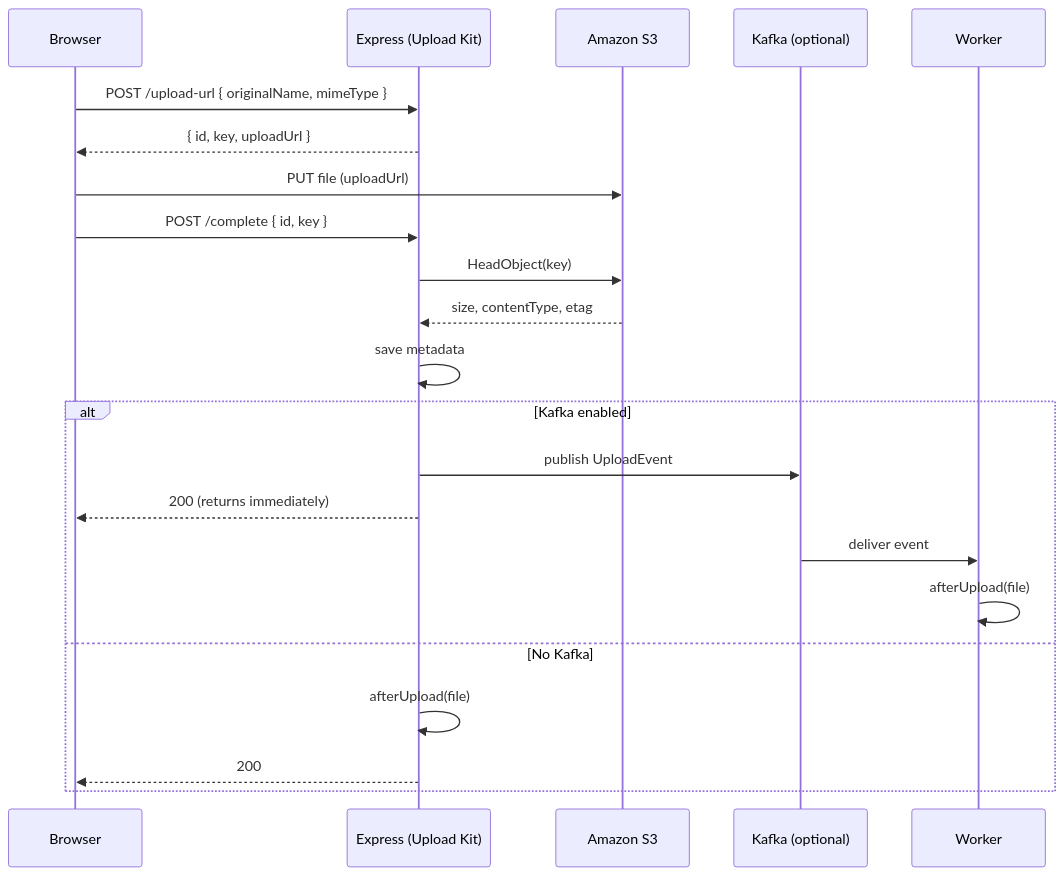
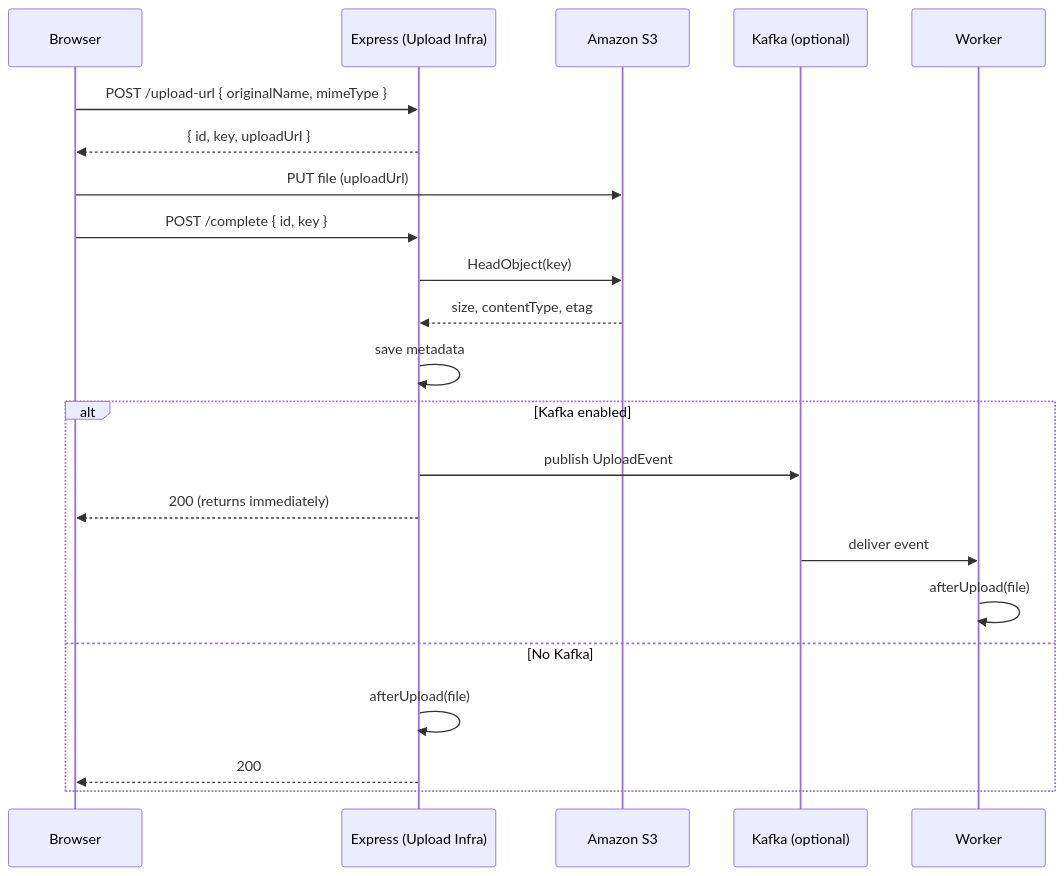
Before and after one commit to SSarkar0307/npm-package-upload-infra: the diagram in README.md, drawn with Mermaid. The commit also changed other lines of this file and 2 other files, not shown here.

````diff
--- a/README.md
+++ b/README.md
@@ -143,24 +143,24 @@
 ```mermaid
 sequenceDiagram
   participant B as Browser
-  participant S as Express (Upload Kit)
+  participant S as Express (Upload Infra)
   participant S3 as Amazon S3
   participant K as Kafka (optional)
   participant W as Worker
   B->>S: POST /upload-url { originalName, mimeType }
   S-->>B: { id, key, uploadUrl }
   B->>S3: PUT file (uploadUrl)
   B->>S: POST /complete { id, key }
   S->>S3: HeadObject(key)
   S3-->>S: size, contentType, etag
   S->>S: save metadata
   alt Kafka enabled
     S->>K: publish UploadEvent
     S-->>B: 200 (returns immediately)
     K->>W: deliver event
     W->>W: afterUpload(file)
   else No Kafka
     S->>S: afterUpload(file)
     S-->>B: 200
   end
 ```
````
